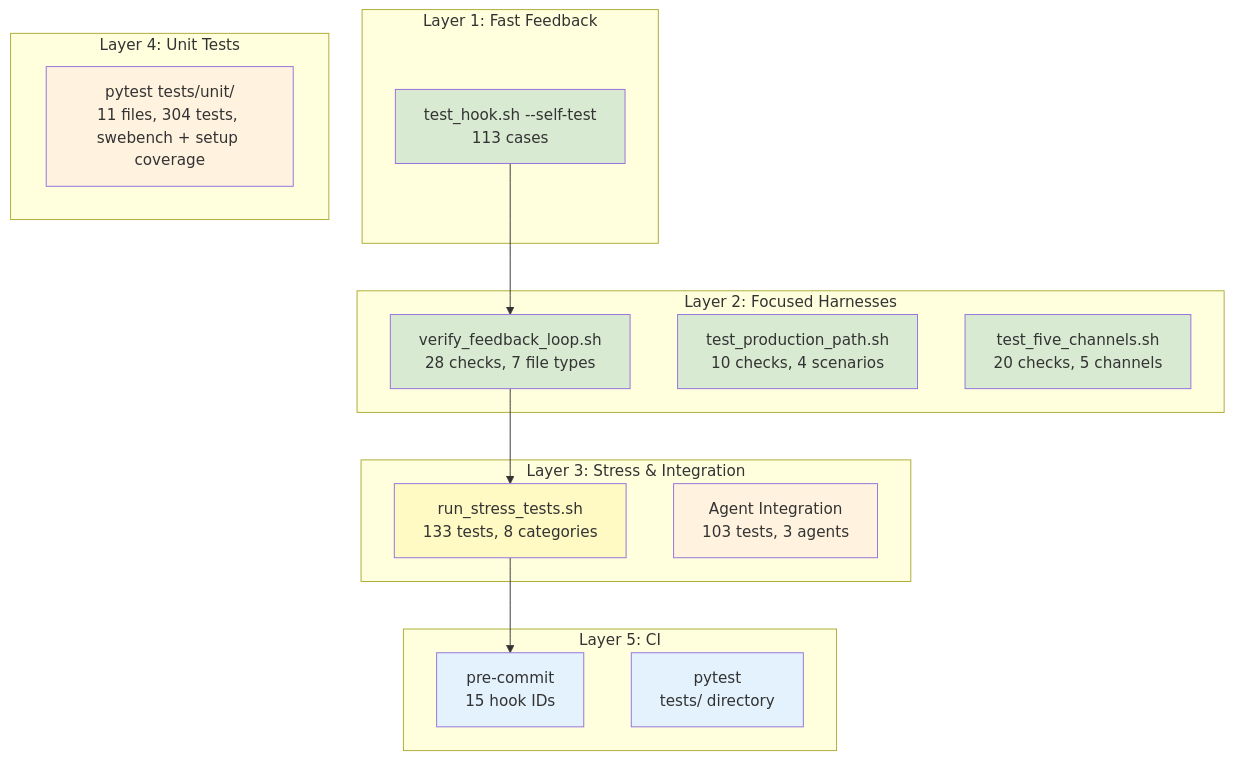
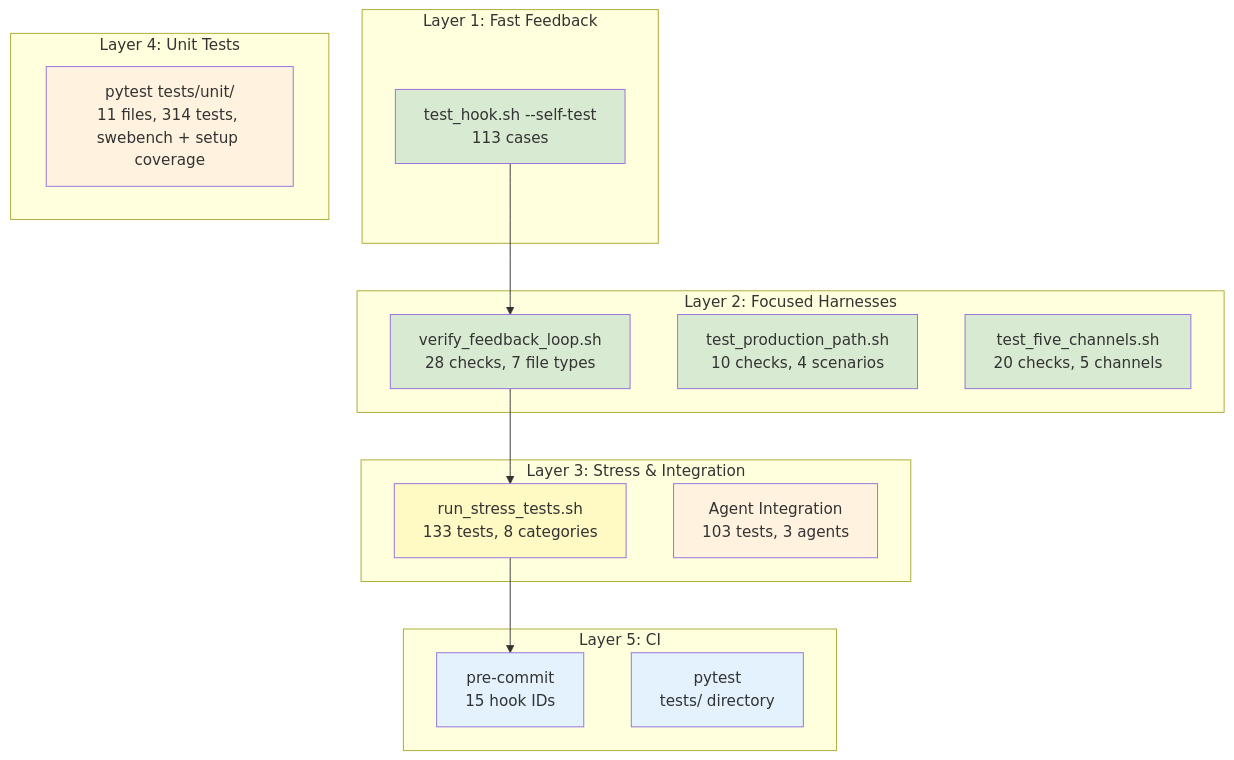
One commit to alfredosdpiii/plankton-for-all changed the diagram in docs/psf/01-testing-infrastructure.md. Above: the diagram before and after it, drawn with Mermaid. The commit also changed other lines of this file and 4 other files, not shown here.

````diff
--- a/docs/psf/01-testing-infrastructure.md
+++ b/docs/psf/01-testing-infrastructure.md
@@ -57,40 +57,40 @@
 ```mermaid
 graph TB
     subgraph "Layer 1: Fast Feedback"
         ST[test_hook.sh --self-test<br/>113 cases]
     end
 
     subgraph "Layer 2: Focused Harnesses"
         FL[verify_feedback_loop.sh<br/>28 checks, 7 file types]
         PP[test_production_path.sh<br/>10 checks, 4 scenarios]
         FC[test_five_channels.sh<br/>20 checks, 5 channels]
     end
 
     subgraph "Layer 3: Stress & Integration"
         SS[run_stress_tests.sh<br/>133 tests, 8 categories]
         AG[Agent Integration<br/>103 tests, 3 agents]
     end
 
     subgraph "Layer 4: Unit Tests"
-        UT[pytest tests/unit/<br/>11 files, 304 tests, swebench + setup coverage]
+        UT[pytest tests/unit/<br/>11 files, 314 tests, swebench + setup coverage]
     end
 
     subgraph "Layer 5: CI"
         PC[pre-commit<br/>15 hook IDs]
         PT[pytest<br/>tests/ directory]
     end
 
     ST --> FL
     FL --> SS
     SS --> PC
 
     style ST fill:#d9ead3
     style FL fill:#d9ead3
     style PP fill:#d9ead3
     style FC fill:#d9ead3
     style SS fill:#fff9c4
     style AG fill:#fff3e0
     style PC fill:#e3f2fd
     style UT fill:#fff3e0
     style PT fill:#e3f2fd
 ```
````
